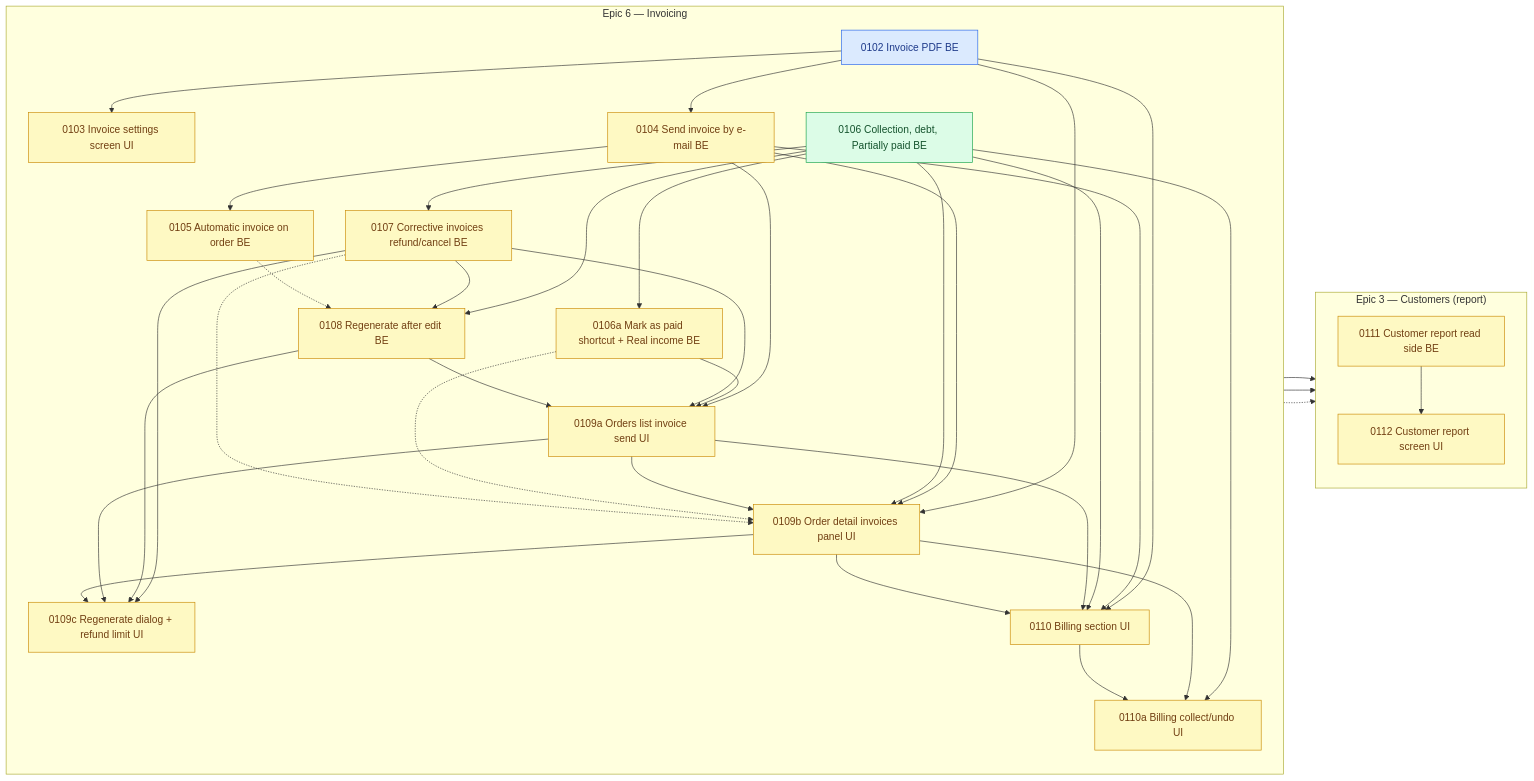
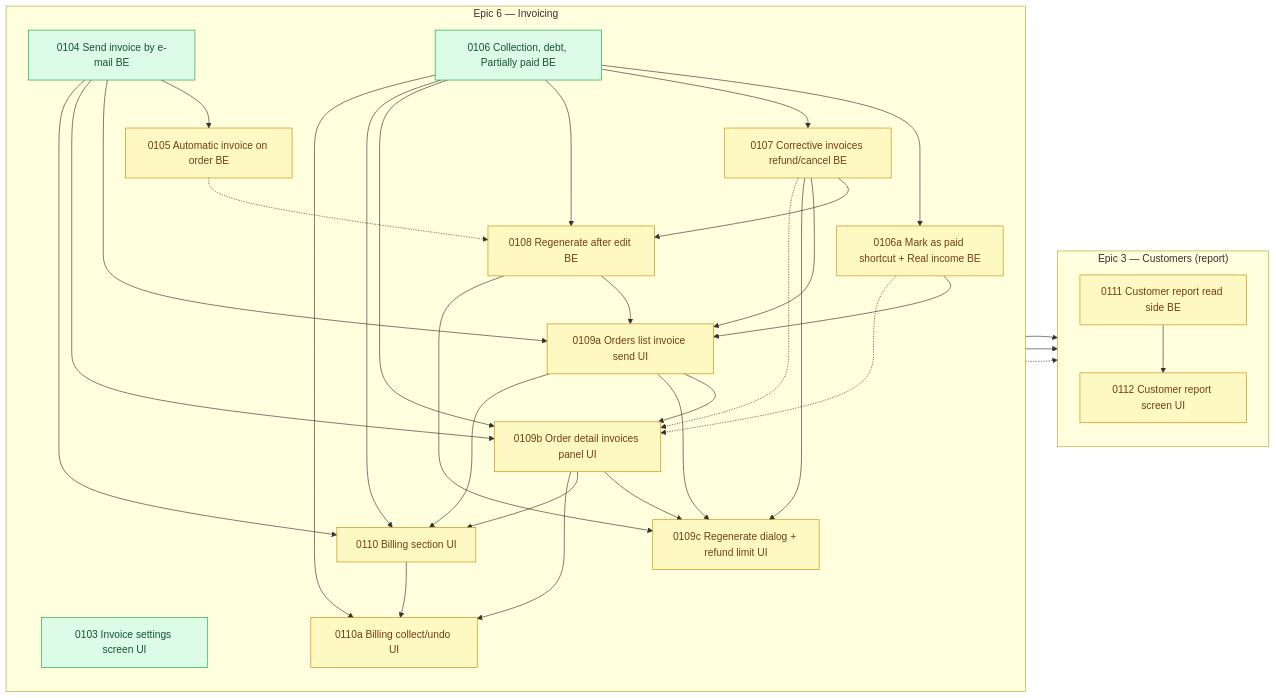
The diagram in arospe/ai-spec/tasks-map.md (shojen/AI4Devs-finalproject), drawn with Mermaid before and after one commit. The commit also changed other lines of this file and 10 other files, not shown here.

````diff
--- a/arospe/ai-spec/tasks-map.md
+++ b/arospe/ai-spec/tasks-map.md
@@ -758,7 +761,6 @@
     %% (P0071 --> P0073/P0075/P0079 dropped: 0071 closed to done/ 2026-10-07.)
     subgraph PEND_INVOICING["Epic 6 — Invoicing"]
         direction TB
-        P0102["0102 Invoice PDF BE"]
         P0103["0103 Invoice settings screen UI"]
         P0104["0104 Send invoice by e-mail BE"]
         P0105["0105 Automatic invoice on order BE"]
@@ -779,8 +781,6 @@
     end
     %% (P0101b --> P0102/P0103/P0104/P0105/P0106/P0106a/P0107/P0108/P0110 dropped: 0101b closed to done/ 2026-11-19; 0102 and 0106 are now ready.)
     %% Edges quoted from each task file (2026-11-15). Solid = hard dependency.
-    P0102 --> P0103
-    P0102 --> P0104
     P0104 --> P0105
     P0106 --> P0106a
     P0106 --> P0107
@@ -790,7 +790,6 @@
     P0106a --> P0109a
     P0107 --> P0109a
     P0108 --> P0109a
-    P0102 --> P0109b
     P0104 --> P0109b
     P0106 --> P0109b
     P0109a --> P0109b
@@ -798,7 +797,6 @@
     P0108 --> P0109c
     P0109a --> P0109c
     P0109b --> P0109c
-    P0102 --> P0110
     P0104 --> P0110
     P0106 --> P0110
     P0109a --> P0110
@@ -815,7 +813,7 @@
     P0106a -.-> P0109b
     P0107 -.-> P0109b
     %% Shared-file risk with the stock dialogs (no dependency): see the update note at the top.
-    class P0106 ready;
-    class P0102 claimed;
-    class P0103,P0104,P0105,P0106a,P0107,P0108,P0109a,P0109b,P0109c,P0110,P0110a,P0111,P0112 pending;
+    %% (P0102 --> P0103/P0104/P0109b/P0110 dropped: 0102 closed to done/ 2026-11-19; 0103 and 0104 are now ready.)
+    class P0103,P0104,P0106 ready;
+    class P0105,P0106a,P0107,P0108,P0109a,P0109b,P0109c,P0110,P0110a,P0111,P0112 pending;
 ```
````
